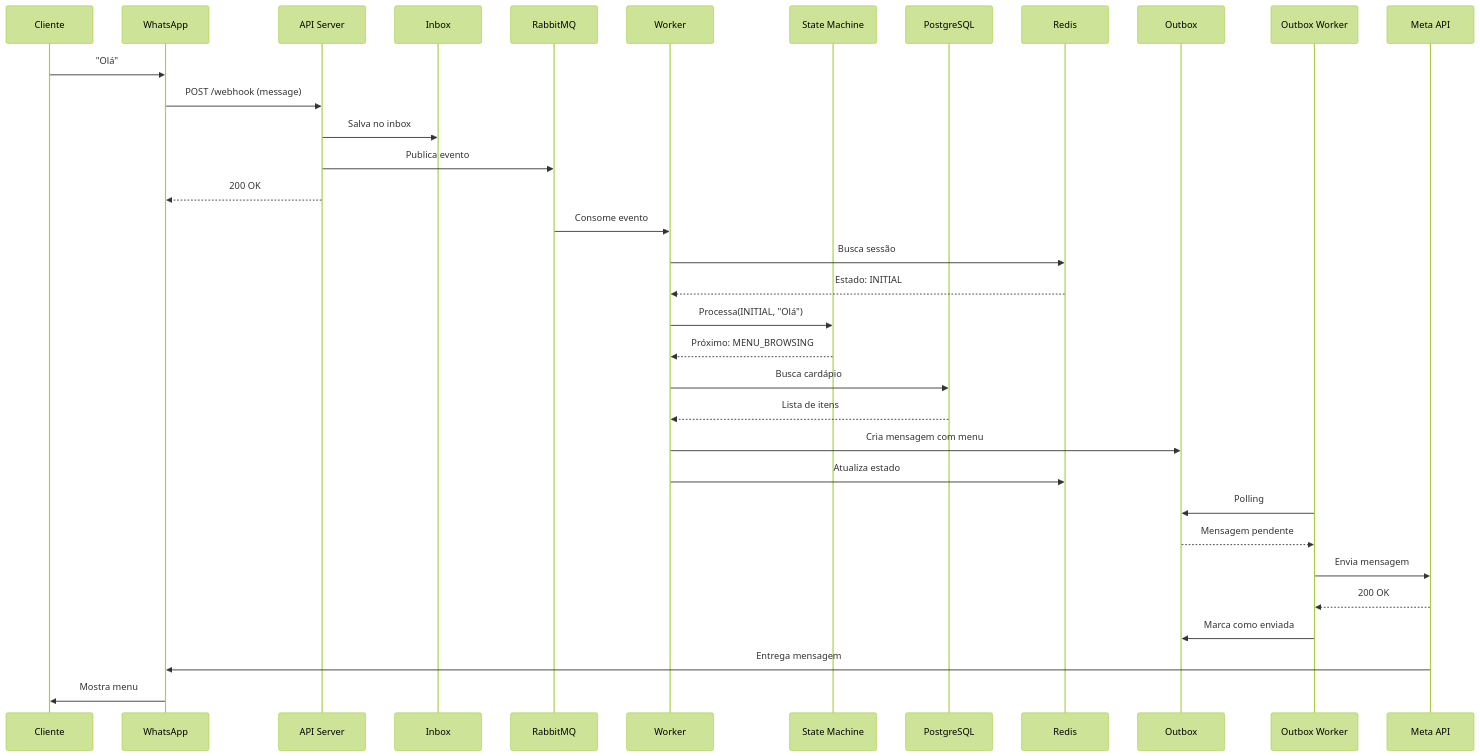
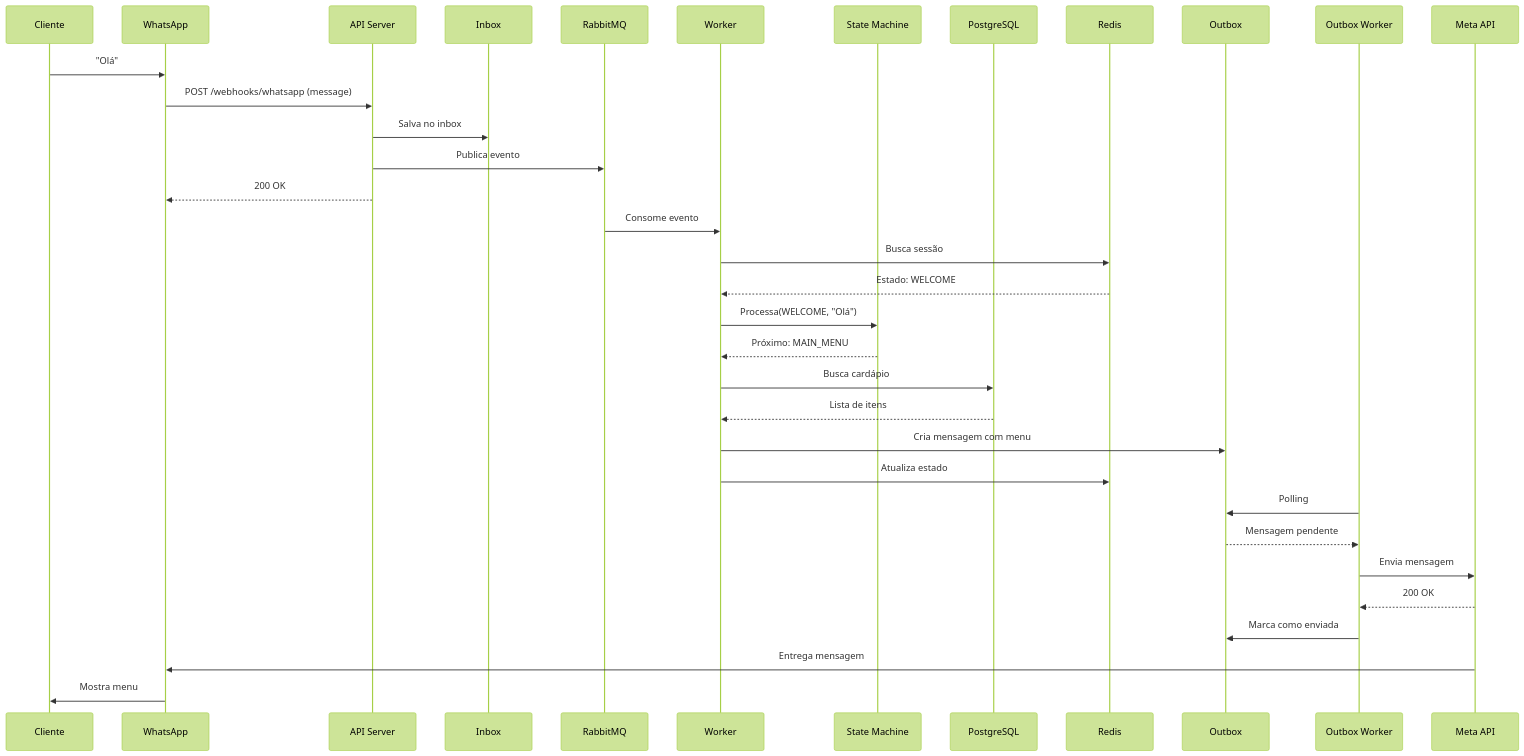
One commit to anbernal/clickgarcom changed the third of 3 diagrams in services/docs/project_architecture.md. Above: the diagram before and after it, drawn with Mermaid (forest theme). The commit also changed other lines of this file and 32 other files, not shown here.

````diff
--- a/services/docs/project_architecture.md
+++ b/services/docs/project_architecture.md
@@ -369,40 +367,40 @@
 ```mermaid
 sequenceDiagram
     participant C as Cliente
     participant W as WhatsApp
     participant API as API Server
     participant I as Inbox
     participant R as RabbitMQ
     participant WK as Worker
     participant SM as State Machine
     participant DB as PostgreSQL
     participant RD as Redis
     participant O as Outbox
     participant OW as Outbox Worker
     participant M as Meta API
     
     C->>W: "Olá"
-    W->>API: POST /webhook (message)
+    W->>API: POST /webhooks/whatsapp (message)
     API->>I: Salva no inbox
     API->>R: Publica evento
     API-->>W: 200 OK
     
     R->>WK: Consome evento
     WK->>RD: Busca sessão
-    RD-->>WK: Estado: INITIAL
-    WK->>SM: Processa(INITIAL, "Olá")
-    SM-->>WK: Próximo: MENU_BROWSING
+    RD-->>WK: Estado: WELCOME
+    WK->>SM: Processa(WELCOME, "Olá")
+    SM-->>WK: Próximo: MAIN_MENU
     WK->>DB: Busca cardápio
     DB-->>WK: Lista de itens
     WK->>O: Cria mensagem com menu
     WK->>RD: Atualiza estado
     
     OW->>O: Polling
     O-->>OW: Mensagem pendente
     OW->>M: Envia mensagem
     M-->>OW: 200 OK
     OW->>O: Marca como enviada
     
     M->>W: Entrega mensagem
     W->>C: Mostra menu
 ```
````
